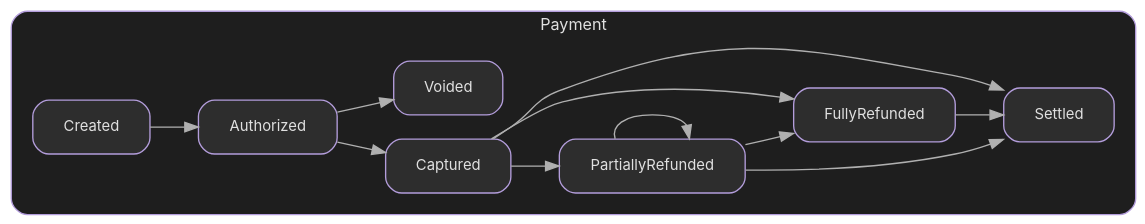
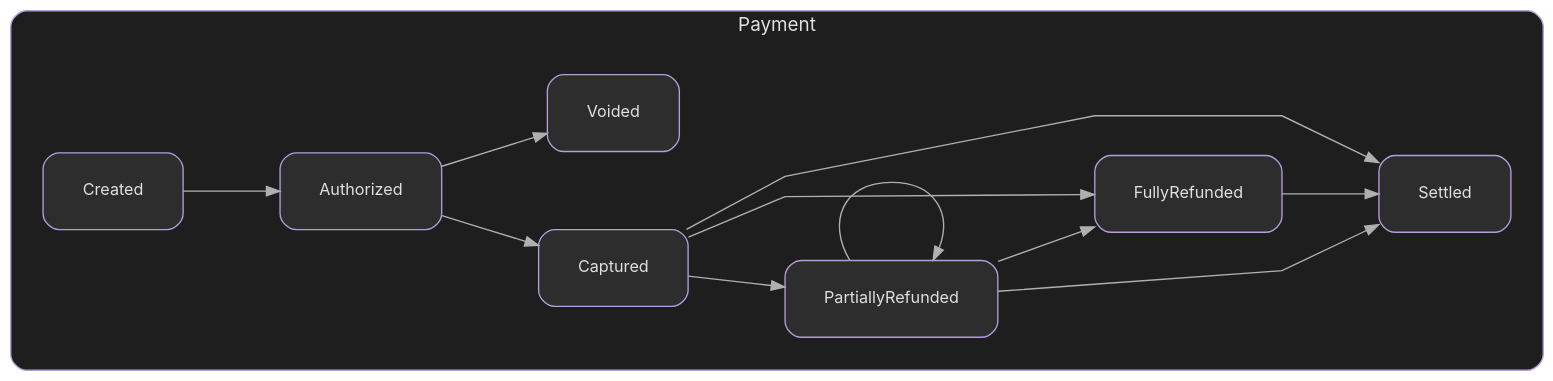
One commit to elijahr/nim-typestates changed the second of 5 diagrams in docs/guide/visualization.md. Above: the diagram before and after it, drawn with Graphviz. The commit also changed other lines of this file and 11 other files, not shown here.

````diff
--- a/docs/guide/visualization.md
+++ b/docs/guide/visualization.md
@@ -106,40 +109,43 @@
 ```dot
 digraph {
   rankdir=LR;
+  splines=polyline;
+  nodesep=0.8;
+  ranksep=1.0;
   bgcolor="transparent";
-  pad=0.5;
+  pad=1.0;
 
-  node [shape=box, style="rounded,filled", fillcolor="#2d2d2d", color="#b39ddb", fontcolor="#e0e0e0", fontname="Inter, SF Pro Display, -apple-system, BlinkMacSystemFont, Segoe UI, Roboto, sans-serif", fontsize=11, margin="0.3,0.2"];
-  edge [fontname="Inter, SF Pro Display, -apple-system, BlinkMacSystemFont, Segoe UI, Roboto, sans-serif", fontsize=9, color="#b0b0b0"];
+  node [shape=box, style="rounded,filled", fillcolor="#2d2d2d", color="#b39ddb", fontcolor="#e0e0e0", fontname="Inter", fontsize=12, margin="0.4,0.3"];
+  edge [fontname="Inter", fontsize=9, color="#b0b0b0"];
 
   subgraph cluster_Payment {
     label="Payment";
-    fontname="Inter, SF Pro Display, -apple-system, BlinkMacSystemFont, Segoe UI, Roboto, sans-serif";
-    fontsize=12;
+    fontname="Inter";
+    fontsize=14;
     fontcolor="#e0e0e0";
     style="rounded";
     color="#b39ddb";
     bgcolor="#1e1e1e";
-    margin=16;
+    margin=24;
 
     Created;
     Authorized;
     Captured;
     PartiallyRefunded;
     FullyRefunded;
     Settled;
     Voided;
 
     Created -> Authorized;
     Authorized -> Captured;
     Authorized -> Voided;
     Captured -> PartiallyRefunded;
     Captured -> FullyRefunded;
     Captured -> Settled;
     PartiallyRefunded -> PartiallyRefunded;
     PartiallyRefunded -> FullyRefunded;
     PartiallyRefunded -> Settled;
     FullyRefunded -> Settled;
   }
 }
 ```
````
